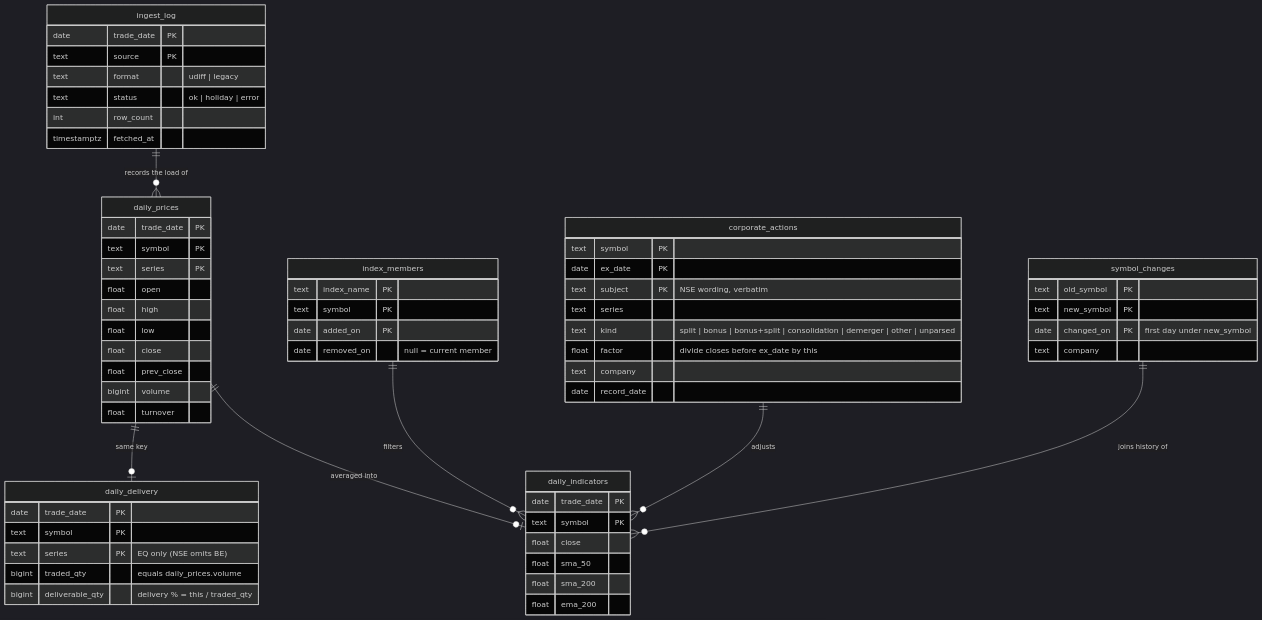
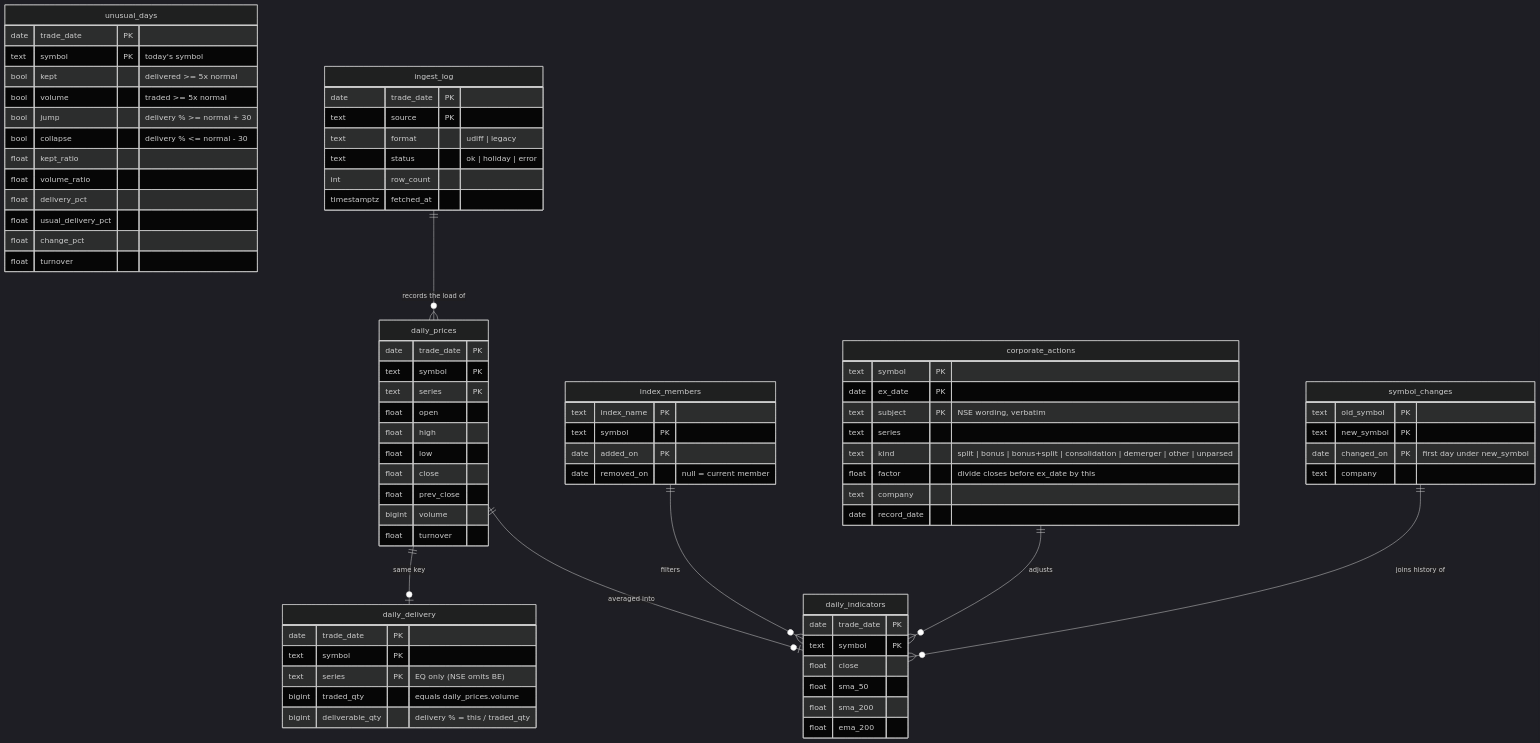
The third of 3 diagrams in README.md (abhinav2525/TradeSence), drawn with Mermaid (dark theme) before and after one commit. The commit also changed other lines of this file and 5 other files, not shown here.

````diff
--- a/README.md
+++ b/README.md
@@ -122,66 +122,80 @@
 ```mermaid
 erDiagram
     daily_prices {
         date trade_date PK
         text symbol PK
         text series PK
         float open
         float high
         float low
         float close
         float prev_close
         bigint volume
         float turnover
     }
     index_members {
         text index_name PK
         text symbol PK
         date added_on PK
         date removed_on "null = current member"
     }
     daily_indicators {
         date trade_date PK
         text symbol PK
         float close
         float sma_50
         float sma_200
         float ema_200
     }
     corporate_actions {
         text symbol PK
         date ex_date PK
         text subject PK "NSE wording, verbatim"
         text series
         text kind "split | bonus | bonus+split | consolidation | demerger | other | unparsed"
         float factor "divide closes before ex_date by this"
         text company
         date record_date
     }
     symbol_changes {
         text old_symbol PK
         text new_symbol PK
         date changed_on PK "first day under new_symbol"
         text company
     }
+    unusual_days {
+        date trade_date PK
+        text symbol PK "today's symbol"
+        bool kept "delivered >= 5x normal"
+        bool volume "traded >= 5x normal"
+        bool jump "delivery % >= normal + 30"
+        bool collapse "delivery % <= normal - 30"
+        float kept_ratio
+        float volume_ratio
+        float delivery_pct
+        float usual_delivery_pct
+        float change_pct
+        float turnover
+    }
     daily_delivery {
         date trade_date PK
         text symbol PK
         text series PK "EQ only (NSE omits BE)"
         bigint traded_qty "equals daily_prices.volume"
         bigint deliverable_qty "delivery % = this / traded_qty"
     }
     ingest_log {
         date trade_date PK
         text source PK
         text format "udiff | legacy"
         text status "ok | holiday | error"
         int row_count
         timestamptz fetched_at
     }
     daily_prices ||--o| daily_indicators : "averaged into"
     daily_prices ||--o| daily_delivery : "same key"
     index_members ||--o{ daily_indicators : "filters"
     corporate_actions ||--o{ daily_indicators : "adjusts"
     symbol_changes ||--o{ daily_indicators : "joins history of"
     ingest_log ||--o{ daily_prices : "records the load of"
 ```
````
